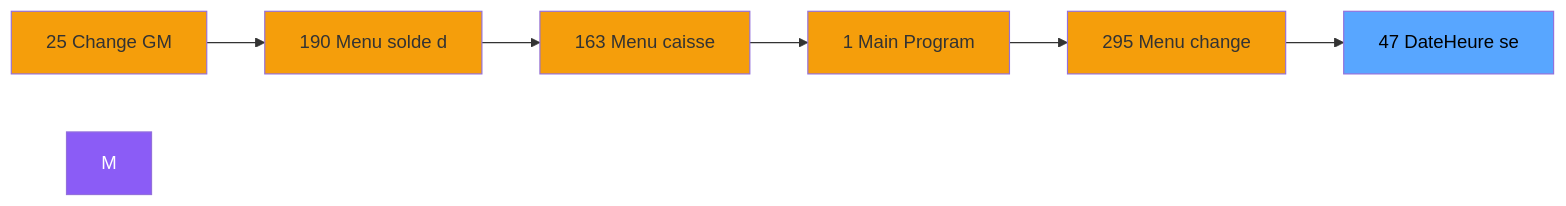
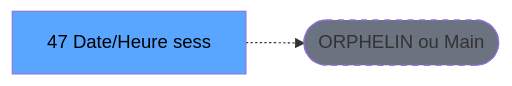
One commit to thonyAGP/lecteur-magic changed the second of 3 diagrams in .openspec/renders/ADH-IDE-47.md. Above: the diagram before and after it, drawn with Mermaid. The commit also changed other lines of this file and 701 other files, not shown here.

````diff
--- a/.openspec/renders/ADH-IDE-47.md
+++ b/.openspec/renders/ADH-IDE-47.md
@@ -106,21 +117,8 @@
 ```mermaid
 graph LR
-    N25[25 Change GM]
-    N190[190 Menu solde d]
-    N163[163 Menu caisse ]
-    N1[1 Main Program]
-    N295[295 Menu change ]
-    T[47 DateHeure se]
-    N25 --> N190
-    N190 --> N163
-    N163 --> N1
-    N1 --> N295
-    N295 --> T
-    style M fill:#8b5cf6,color:#fff
-    style N25 fill:#f59e0b
-    style N190 fill:#f59e0b
-    style N163 fill:#f59e0b
-    style N1 fill:#f59e0b
-    style N295 fill:#f59e0b
+    T[47 Date/Heure sess]
+    ORPHAN([ORPHELIN ou Main])
+    T -.-> ORPHAN
     style T fill:#58a6ff,color:#000
+    style ORPHAN fill:#6b7280,stroke-dasharray: 5 5
 ```
````
